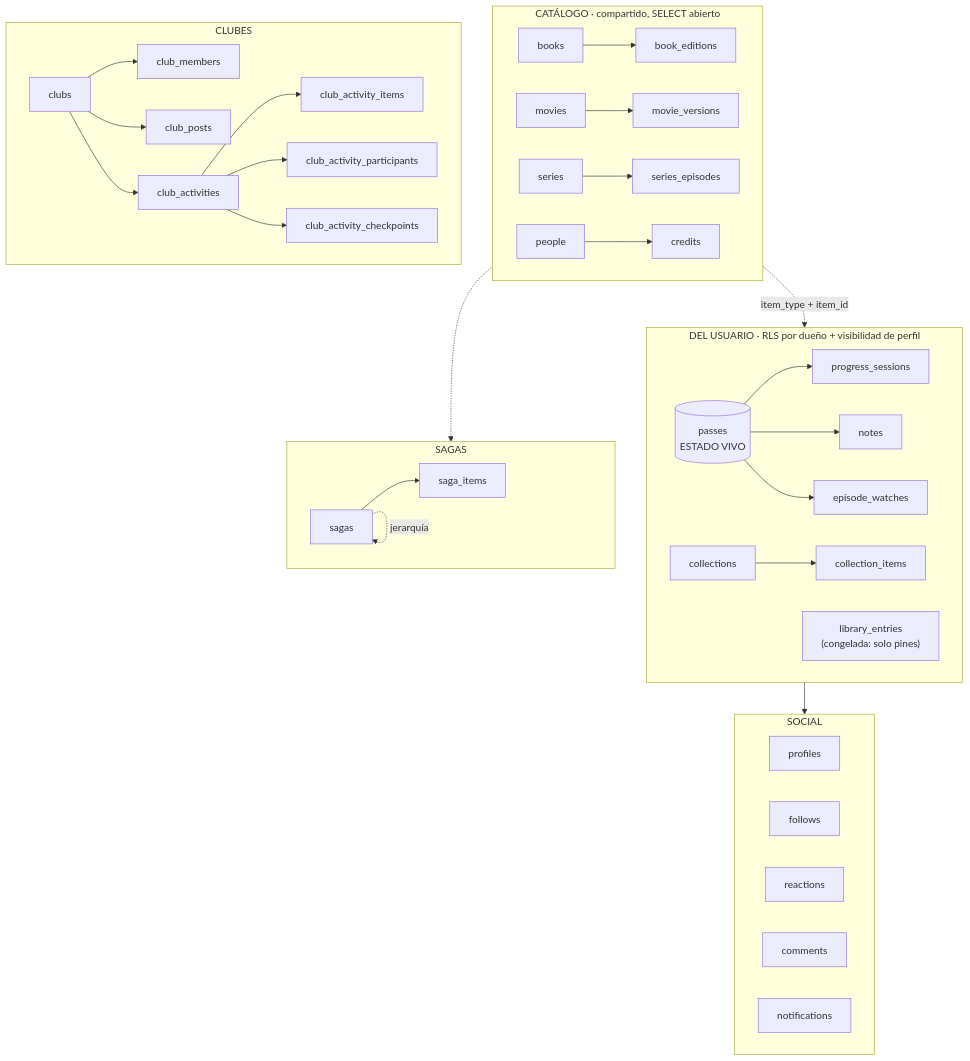
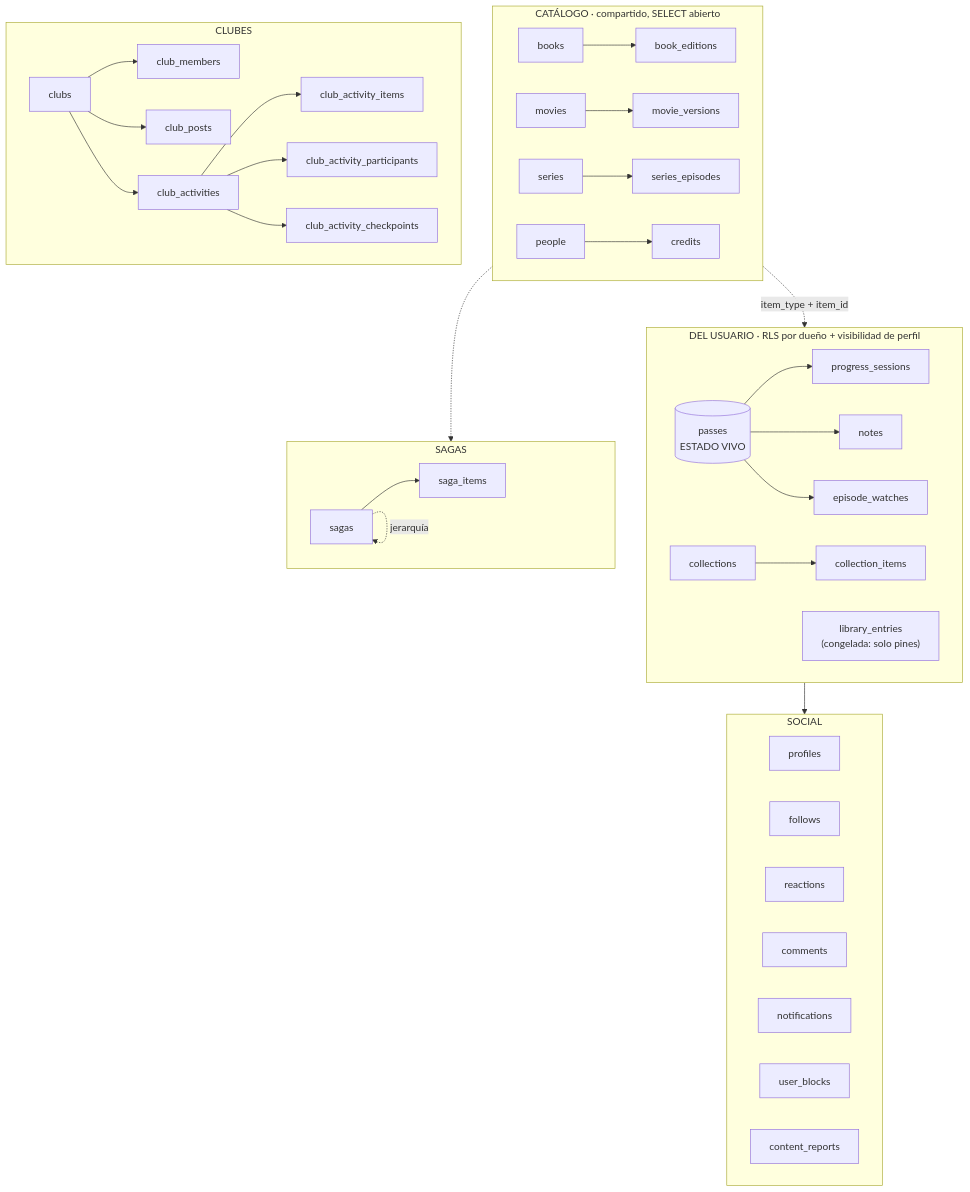
Before and after one commit to borjar20/Biblioshare: the diagram in docs/requirements/data-model.md, drawn with Mermaid. The commit also changed other lines of this file and 41 other files, not shown here.

````diff
--- a/docs/requirements/data-model.md
+++ b/docs/requirements/data-model.md
@@ -83,42 +100,43 @@
 ```mermaid
 graph TB
     subgraph CAT["CATÁLOGO · compartido, SELECT abierto"]
         books[books]; movies[movies]; series[series]
         eds[book_editions]; vers[movie_versions]; eps[series_episodes]
         people[people]; credits[credits]
         books --> eds; movies --> vers; series --> eps
         people --> credits
     end
 
     subgraph USER["DEL USUARIO · RLS por dueño + visibilidad de perfil"]
         passes[("passes<br/>ESTADO VIVO")]
         sessions[progress_sessions]; notes[notes]; watches[episode_watches]
         libe["library_entries<br/>(congelada: solo pines)"]
         colls[collections]; ci[collection_items]
         passes --> sessions; passes --> notes; passes --> watches
         colls --> ci
     end
 
     subgraph SOCIAL["SOCIAL"]
         profiles[profiles]; follows[follows]
         reactions[reactions]; comments[comments]; notifs[notifications]
+        blocks[user_blocks]; reports[content_reports]
     end
 
     subgraph CLUBS["CLUBES"]
         clubs[clubs]; cm[club_members]; cp[club_posts]
         ca[club_activities]; cai[club_activity_items]
         cap[club_activity_participants]; cach[club_activity_checkpoints]
         clubs --> cm; clubs --> cp; clubs --> ca
         ca --> cai; ca --> cap; ca --> cach
     end
 
     subgraph SAGAS["SAGAS"]
         sagas[sagas]; si[saga_items]
         sagas --> si
         sagas -. jerarquía .-> sagas
     end
 
     CAT -. "item_type + item_id" .-> USER
     CAT -.-> SAGAS
     USER --> SOCIAL
 ```
````
